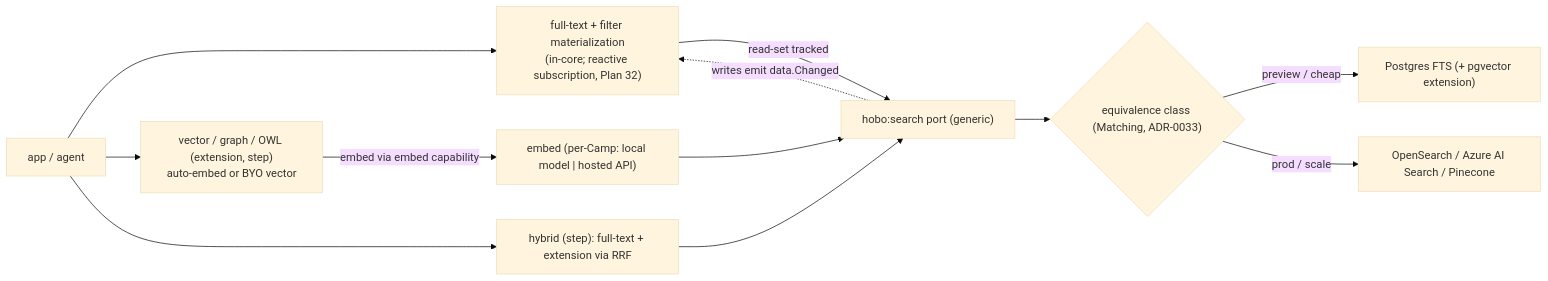
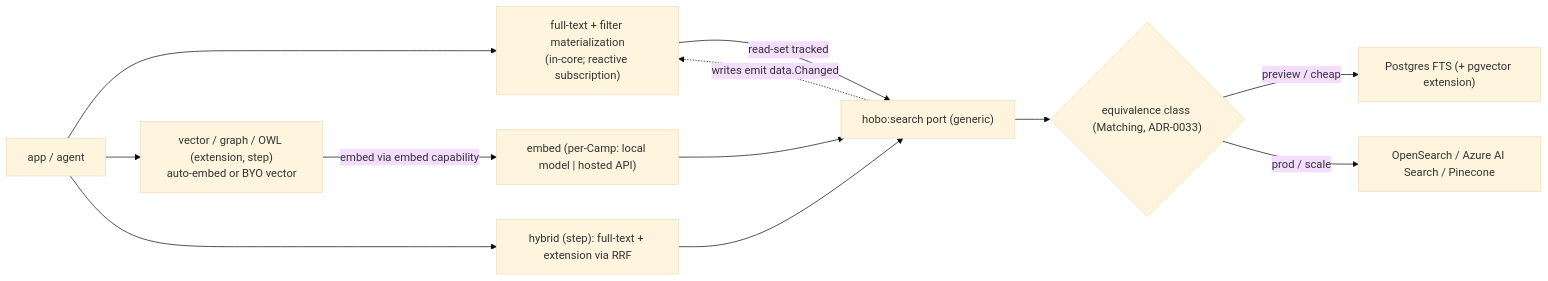
Before and after one commit to Tyler-R-Kendrick/HoBo: the fourth of 4 diagrams in docs/design/data-plane.md, drawn with Mermaid (base theme). The commit also changed other lines of this file and 67 other files, not shown here.

````diff
--- a/docs/design/data-plane.md
+++ b/docs/design/data-plane.md
@@ -193,14 +352,14 @@
 ```mermaid
 flowchart LR
-  APP["app / agent"] --> Q["full-text + filter materialization<br/>(in-core; reactive subscription, Plan 32)"]
+  APP["app / agent"] --> Q["full-text + filter materialization<br/>(in-core; reactive subscription)"]
   APP --> VS["vector / graph / OWL (extension, step)<br/>auto-embed or BYO vector"]
   APP --> HY["hybrid (step): full-text + extension via RRF"]
   Q -->|read-set tracked| PORT
   VS -->|embed via embed capability| EMB["embed (per-Camp: local model | hosted API)"]
   EMB --> PORT
   HY --> PORT["hobo:search port (generic)"]
   PORT --> CLASS{"equivalence class (Matching, ADR-0033)"}
   CLASS -->|preview / cheap| PG["Postgres FTS (+ pgvector extension)"]
   CLASS -->|prod / scale| MGD["OpenSearch / Azure AI Search / Pinecone"]
   PORT -.->|writes emit data.Changed| Q
 ```
````
